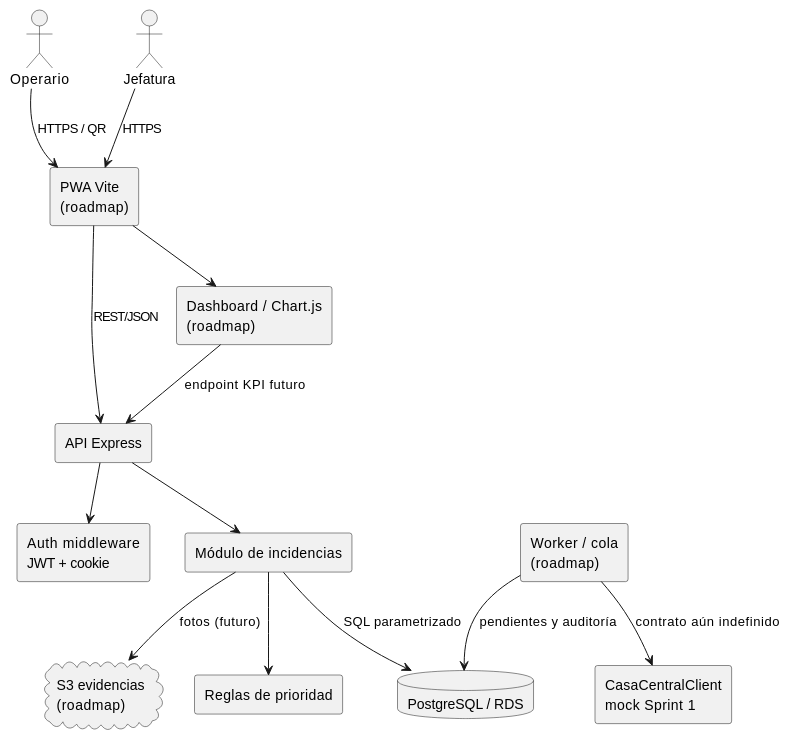
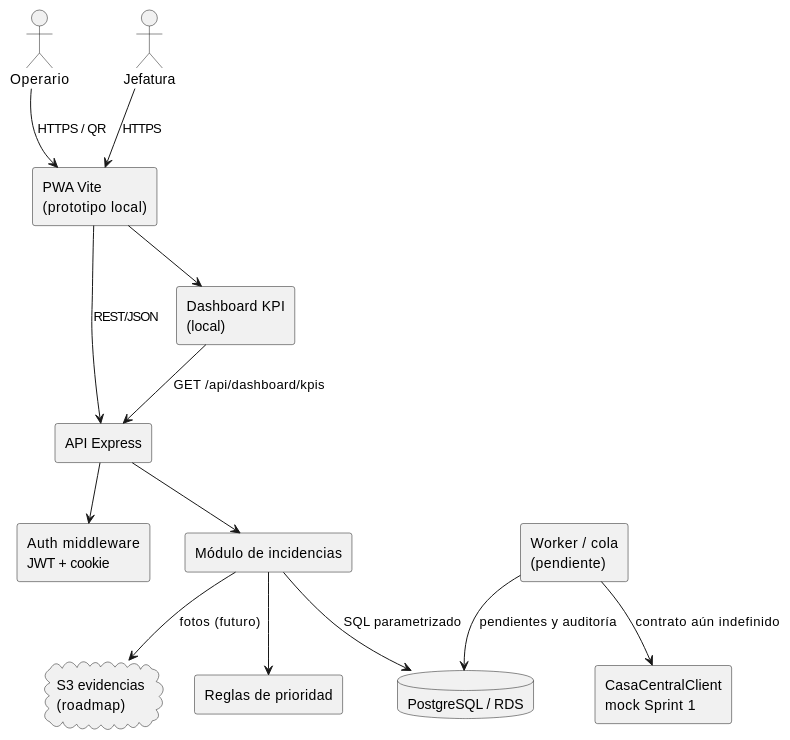
One commit to lxishh/sistema-incidencias-mallplaza changed the fifth of 6 diagrams in docs/procesos-y-arquitectura.md. Above: the diagram before and after it, drawn with PlantUML. The commit also changed other lines of this file and 9 other files, not shown here.

````diff
--- a/docs/procesos-y-arquitectura.md
+++ b/docs/procesos-y-arquitectura.md
@@ -156,29 +156,29 @@
 ```plantuml
 @startuml
 skinparam componentStyle rectangle
 actor Operario
 actor Jefatura
-component "PWA Vite\n(roadmap)" as PWA
+component "PWA Vite\n(prototipo local)" as PWA
 component "API Express" as API
 component "Auth middleware\nJWT + cookie" as AUTH
 component "Reglas de prioridad" as RULES
 component "Módulo de incidencias" as INC
 component "CasaCentralClient\nmock Sprint 1" as CC
-component "Worker / cola\n(roadmap)" as WORKER
+component "Worker / cola\n(pendiente)" as WORKER
 database "PostgreSQL / RDS" as DB
 cloud "S3 evidencias\n(roadmap)" as S3
-component "Dashboard / Chart.js\n(roadmap)" as DASH
+component "Dashboard KPI\n(local)" as DASH
 Operario --> PWA : HTTPS / QR
 Jefatura --> PWA : HTTPS
 PWA --> API : REST/JSON
 API --> AUTH
 API --> INC
 INC --> RULES
 INC --> DB : SQL parametrizado
 WORKER --> DB : pendientes y auditoría
 WORKER --> CC : contrato aún indefinido
 INC --> S3 : fotos (futuro)
 PWA --> DASH
-DASH --> API : endpoint KPI futuro
+DASH --> API : GET /api/dashboard/kpis
 @enduml
 ```
````
